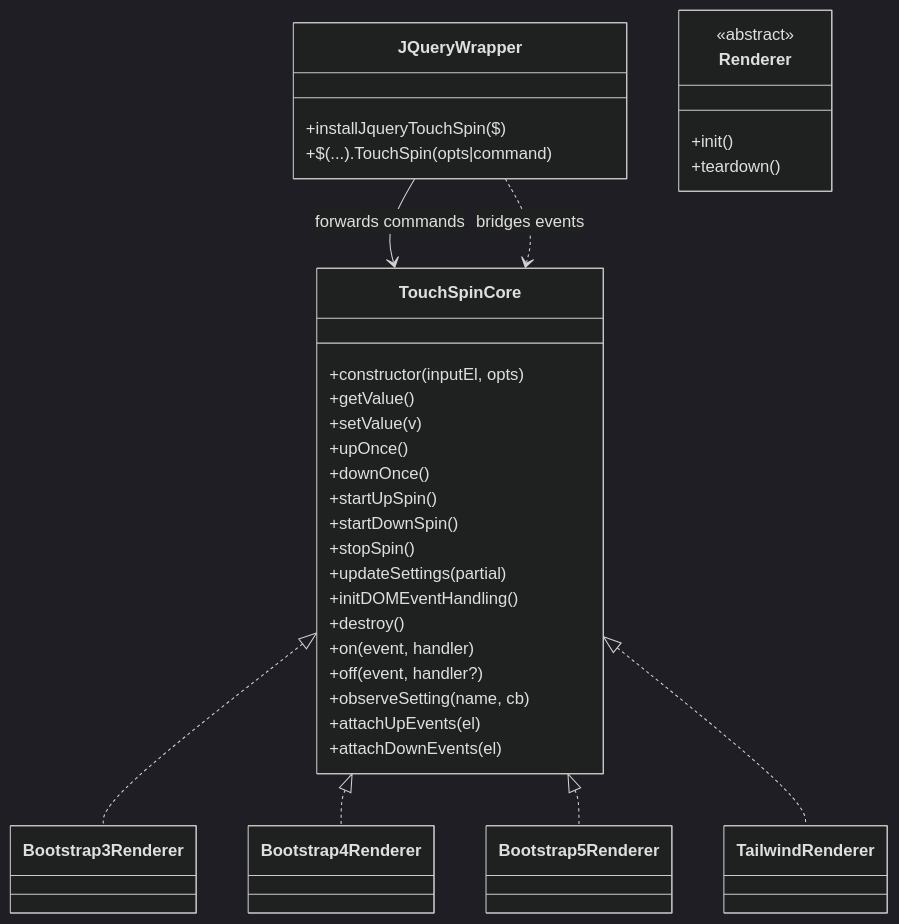
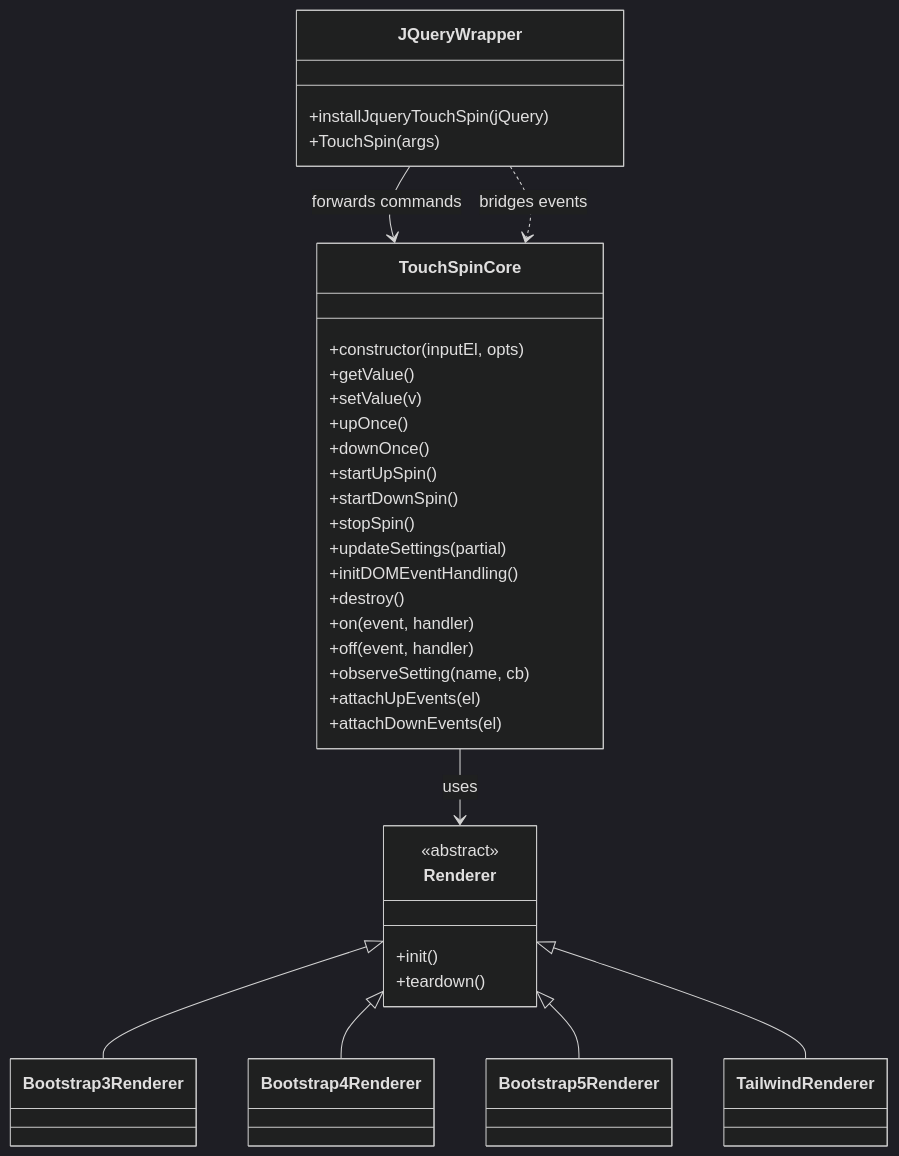
Before and after one commit to istvan-ujjmeszaros/touchspin: the first of 4 diagrams in architecture-openai/diagrams.md, drawn with Mermaid (dark theme). The commit also changed other lines of this file and 7 other files, not shown here.

````diff
--- a/architecture-openai/diagrams.md
+++ b/architecture-openai/diagrams.md
@@ -4,42 +4,44 @@
 ```mermaid
 classDiagram
   class TouchSpinCore {
     +constructor(inputEl, opts)
     +getValue()
     +setValue(v)
     +upOnce()
     +downOnce()
     +startUpSpin()
     +startDownSpin()
     +stopSpin()
     +updateSettings(partial)
     +initDOMEventHandling()
     +destroy()
     +on(event, handler)
-    +off(event, handler?)
+    +off(event, handler)
     +observeSetting(name, cb)
     +attachUpEvents(el)
     +attachDownEvents(el)
   }
 
   class JQueryWrapper {
-    +installJqueryTouchSpin($)
-    +$(...).TouchSpin(opts|command)
+    +installJqueryTouchSpin(jQuery)
+    +TouchSpin(args)
   }
 
-  class Renderer <<abstract>> {
+  class Renderer {
     +init()
     +teardown()
   }
+  <<abstract>> Renderer
   class Bootstrap3Renderer
   class Bootstrap4Renderer
   class Bootstrap5Renderer
   class TailwindRenderer
 
   JQueryWrapper --> TouchSpinCore : forwards commands
   JQueryWrapper ..> TouchSpinCore : bridges events
-  TouchSpinCore <|.. Bootstrap3Renderer
-  TouchSpinCore <|.. Bootstrap4Renderer
-  TouchSpinCore <|.. Bootstrap5Renderer
-  TouchSpinCore <|.. TailwindRenderer
+  TouchSpinCore --> Renderer : uses
+  Renderer <|-- Bootstrap3Renderer
+  Renderer <|-- Bootstrap4Renderer
+  Renderer <|-- Bootstrap5Renderer
+  Renderer <|-- TailwindRenderer
 ```
````
